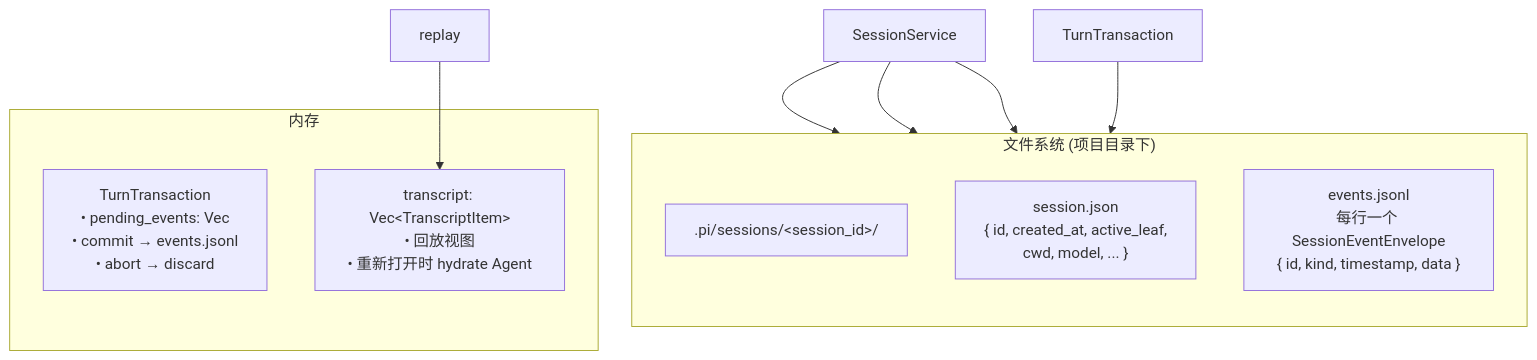
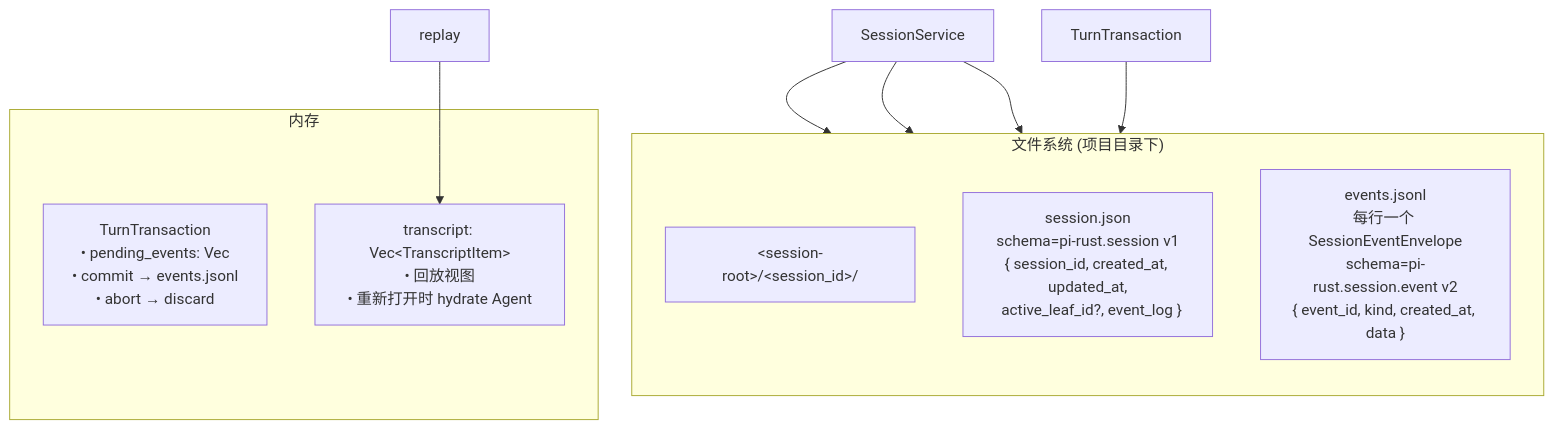
The tenth of 12 diagrams in docs/superpowers/ARCHITECTURE.md (denislov/pi-rust), drawn with Mermaid before and after one commit. The commit also changed other lines of this file and 4 other files, not shown here.

Commit message:
docs: align roadmap with rust-native session architecture

````diff
--- a/docs/superpowers/ARCHITECTURE.md
+++ b/docs/superpowers/ARCHITECTURE.md
@@ -543,20 +543,20 @@
 ```mermaid
 graph TB
     subgraph filesystem["文件系统 (项目目录下)"]
         direction TB
-        SESSION_DIR[".pi/sessions/&lt;session_id&gt;/"]
-        SESSION_JSON["session.json<br/>{ id, created_at, active_leaf,<br/>  cwd, model, ... }"]
-        EVENTS_JSONL["events.jsonl<br/>每行一个 SessionEventEnvelope<br/>{ id, kind, timestamp, data }"]
+        SESSION_DIR["&lt;session-root&gt;/&lt;session_id&gt;/"]
+        SESSION_JSON["session.json<br/>schema=pi-rust.session v1<br/>{ session_id, created_at, updated_at,<br/>  active_leaf_id?, event_log }"]
+        EVENTS_JSONL["events.jsonl<br/>每行一个 SessionEventEnvelope<br/>schema=pi-rust.session.event v2<br/>{ event_id, kind, created_at, data }"]
     end
 
     subgraph memory["内存"]
         TURN_TX["TurnTransaction<br/>• pending_events: Vec<br/>• commit → events.jsonl<br/>• abort → discard"]
         TRANSCRIPT["transcript: Vec&lt;TranscriptItem&gt;<br/>• 回放视图<br/>• 重新打开时 hydrate Agent"]
     end
 
     SessionService --> SESSION_DIR
     SessionService --> SESSION_JSON
     SessionService --> EVENTS_JSONL
     TurnTransaction --> EVENTS_JSONL
     replay --> TRANSCRIPT
 ```
````
